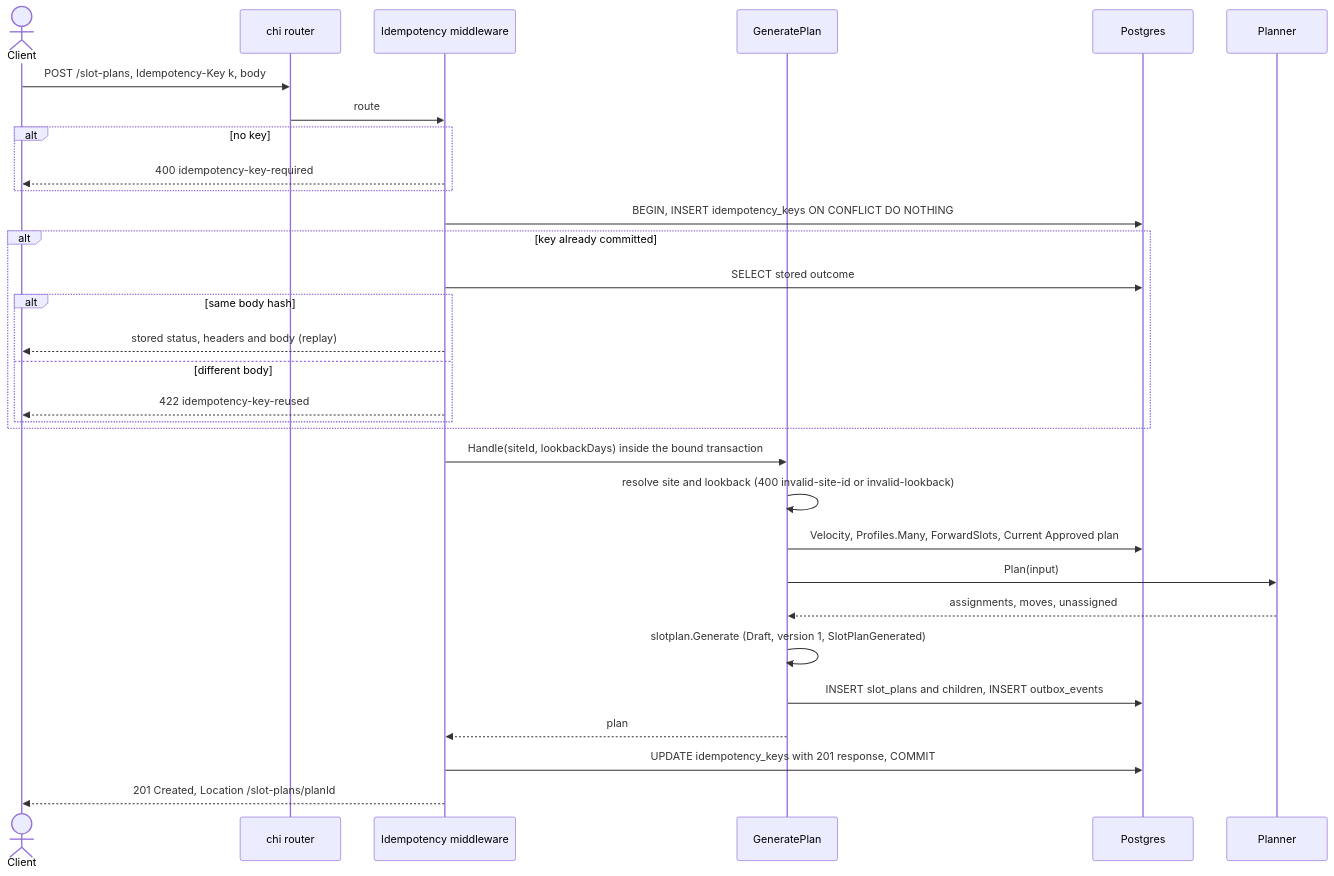
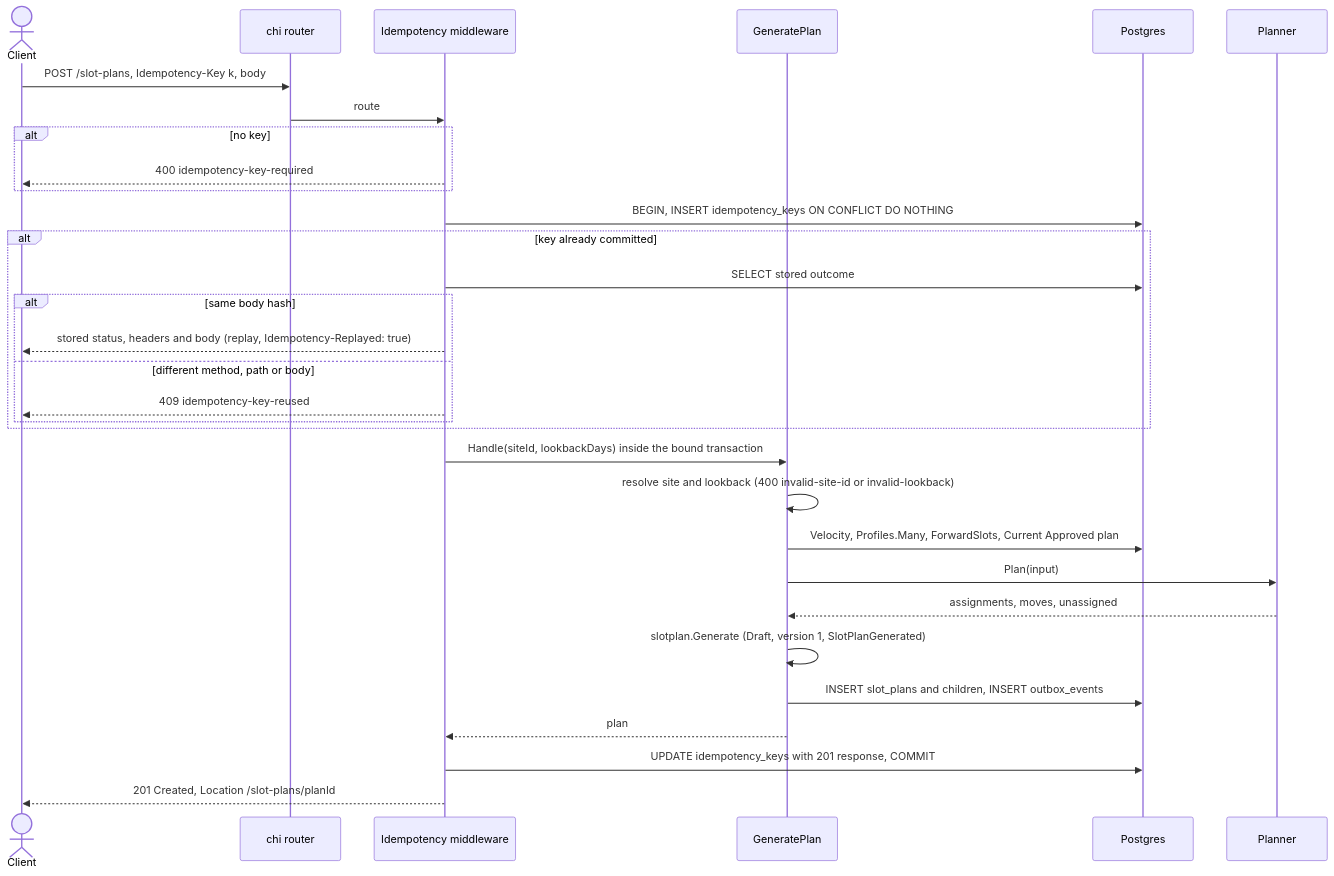
Before and after one commit to IQVO/slotting-optimization: the first of 5 diagrams in docs/docs/ddd/sequence-diagrams.md, drawn with Mermaid. The commit also changed other lines of this file and 41 other files, not shown here.

````diff
--- a/docs/docs/ddd/sequence-diagrams.md
+++ b/docs/docs/ddd/sequence-diagrams.md
@@ -16,33 +16,33 @@
 ```mermaid
 sequenceDiagram
     actor C as Client
     participant R as chi router
     participant I as Idempotency middleware
     participant G as GeneratePlan
     participant DB as Postgres
     participant P as Planner
     C->>R: POST /slot-plans, Idempotency-Key k, body
     R->>I: route
     alt no key
         I-->>C: 400 idempotency-key-required
     end
     I->>DB: BEGIN, INSERT idempotency_keys ON CONFLICT DO NOTHING
     alt key already committed
         I->>DB: SELECT stored outcome
         alt same body hash
-            I-->>C: stored status, headers and body (replay)
-        else different body
-            I-->>C: 422 idempotency-key-reused
+            I-->>C: stored status, headers and body (replay, Idempotency-Replayed: true)
+        else different method, path or body
+            I-->>C: 409 idempotency-key-reused
         end
     end
     I->>G: Handle(siteId, lookbackDays) inside the bound transaction
     G->>G: resolve site and lookback (400 invalid-site-id or invalid-lookback)
     G->>DB: Velocity, Profiles.Many, ForwardSlots, Current Approved plan
     G->>P: Plan(input)
     P-->>G: assignments, moves, unassigned
     G->>G: slotplan.Generate (Draft, version 1, SlotPlanGenerated)
     G->>DB: INSERT slot_plans and children, INSERT outbox_events
     G-->>I: plan
     I->>DB: UPDATE idempotency_keys with 201 response, COMMIT
     I-->>C: 201 Created, Location /slot-plans/planId
 ```
````
